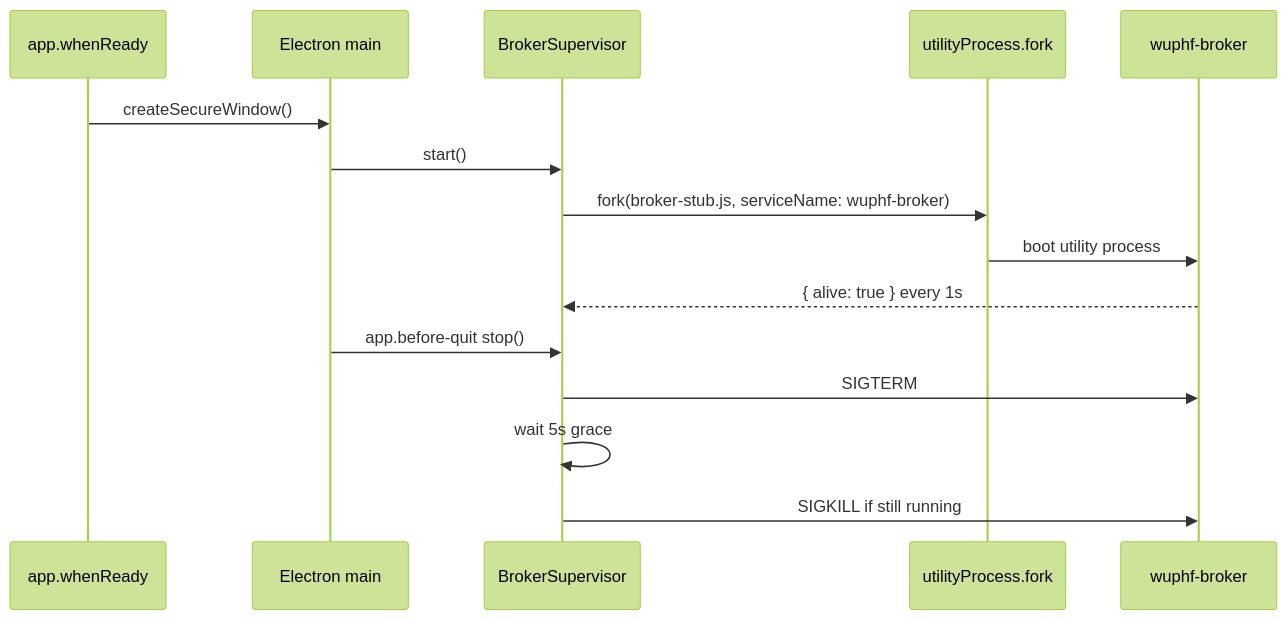
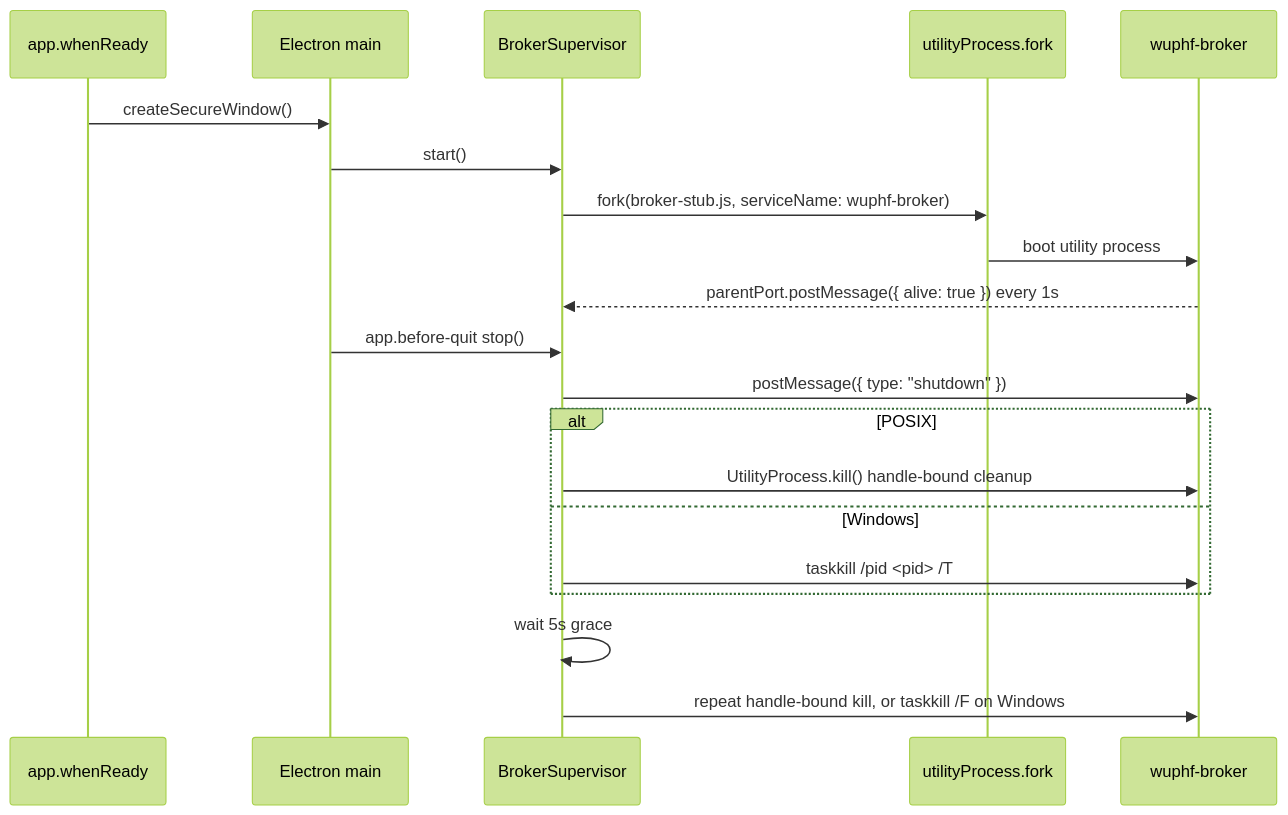
Before and after one commit to nex-crm/wuphf: the diagram in apps/desktop/docs/modules/broker-spawn.md, drawn with Mermaid (forest theme). The commit also changed other lines of this file and 7 other files, not shown here.

````diff
--- a/apps/desktop/docs/modules/broker-spawn.md
+++ b/apps/desktop/docs/modules/broker-spawn.md
@@ -7,18 +8,23 @@
 ```mermaid
 sequenceDiagram
   participant App as app.whenReady
   participant Main as Electron main
   participant Supervisor as BrokerSupervisor
   participant Utility as utilityProcess.fork
   participant Broker as wuphf-broker
 
   App->>Main: createSecureWindow()
   Main->>Supervisor: start()
   Supervisor->>Utility: fork(broker-stub.js, serviceName: wuphf-broker)
   Utility->>Broker: boot utility process
-  Broker-->>Supervisor: { alive: true } every 1s
+  Broker-->>Supervisor: parentPort.postMessage({ alive: true }) every 1s
   Main->>Supervisor: app.before-quit stop()
-  Supervisor->>Broker: SIGTERM
+  Supervisor->>Broker: postMessage({ type: "shutdown" })
+  alt POSIX
+    Supervisor->>Broker: UtilityProcess.kill() handle-bound cleanup
+  else Windows
+    Supervisor->>Broker: taskkill /pid <pid> /T
+  end
   Supervisor->>Supervisor: wait 5s grace
-  Supervisor->>Broker: SIGKILL if still running
+  Supervisor->>Broker: repeat handle-bound kill, or taskkill /F on Windows
 ```
````
